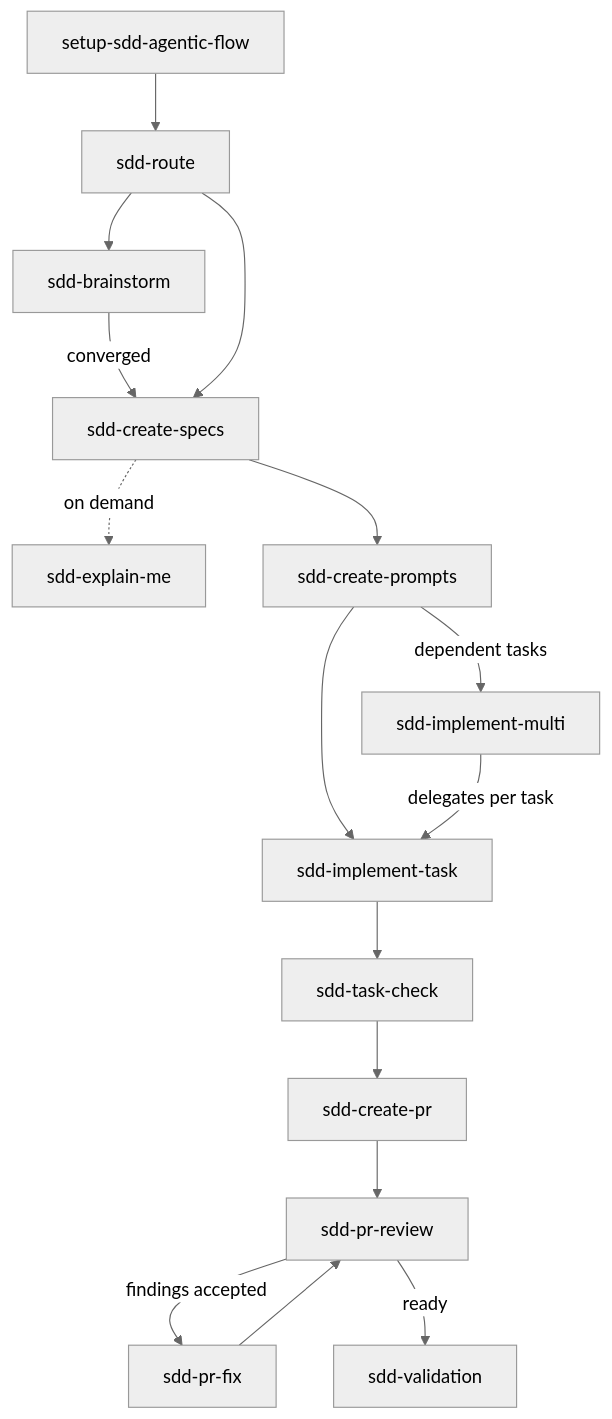
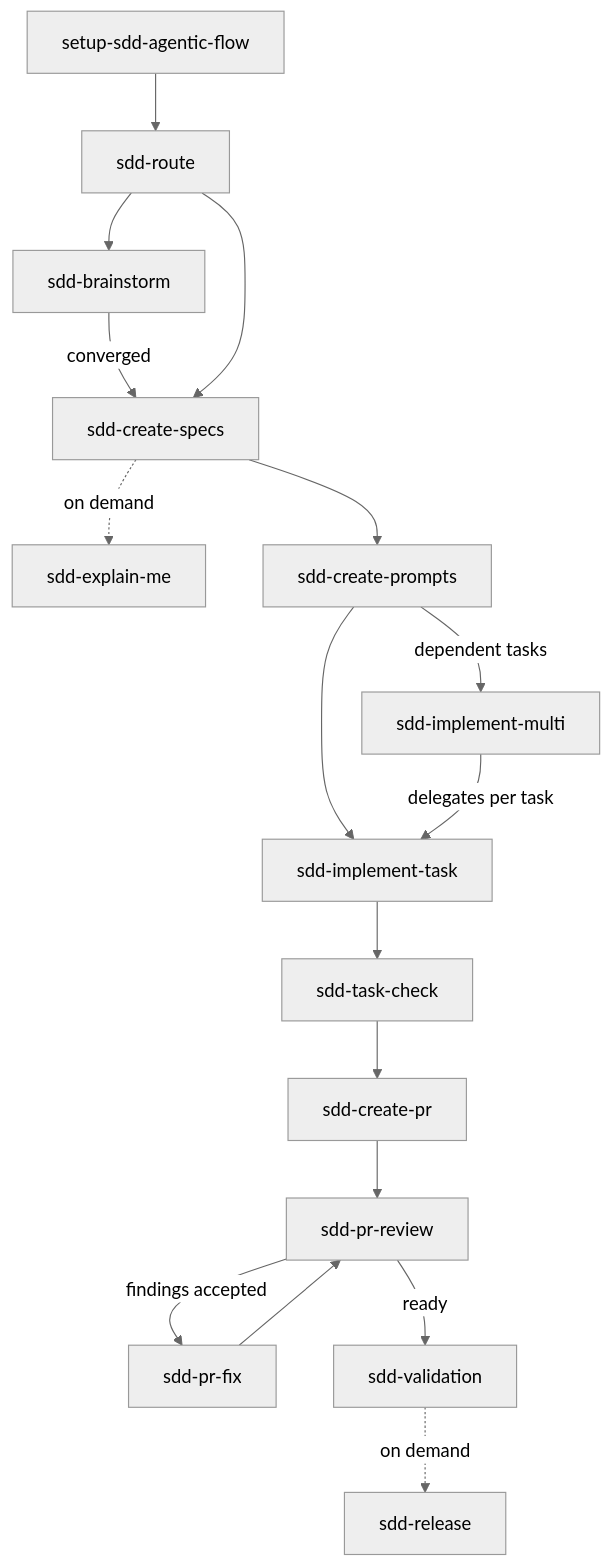
Before and after one commit to gmartins-dev/sdd-agentic-flow: the diagram in README.md, drawn with Mermaid (neutral theme). The commit also changed other lines of this file and 42 other files, not shown here.

````diff
--- a/README.md
+++ b/README.md
@@ -129,18 +129,19 @@
 ```mermaid
 flowchart TD
   setup[setup-sdd-agentic-flow] --> route[sdd-route]
   route --> brainstorm[sdd-brainstorm]
   brainstorm -->|converged| specs[sdd-create-specs]
   route --> specs
   specs -.->|on demand| explain[sdd-explain-me]
   specs --> prompts[sdd-create-prompts]
   prompts --> implement[sdd-implement-task]
   prompts -->|dependent tasks| implementmulti[sdd-implement-multi]
   implementmulti -->|delegates per task| implement
   implement --> check[sdd-task-check]
   check --> pr[sdd-create-pr]
   pr --> review[sdd-pr-review]
   review -->|findings accepted| fix[sdd-pr-fix]
   fix --> review
   review -->|ready| validate[sdd-validation]
+  validate -.->|on demand| release[sdd-release]
 ```
````
